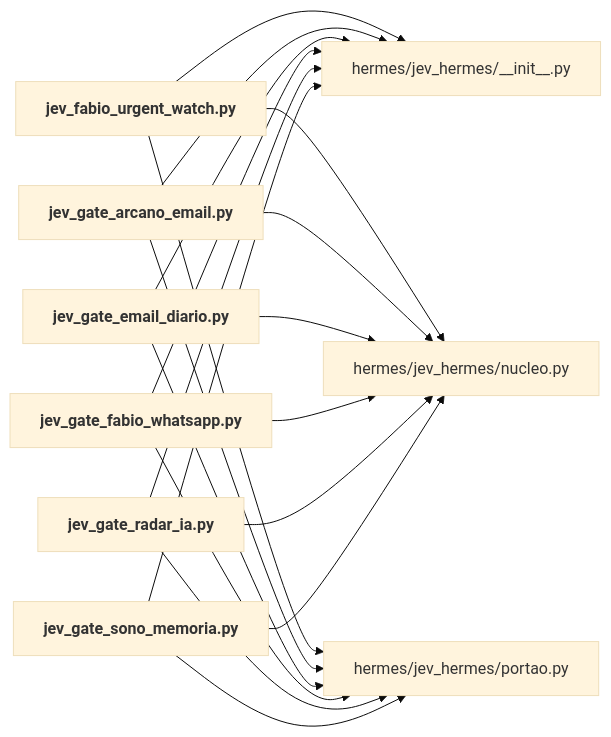
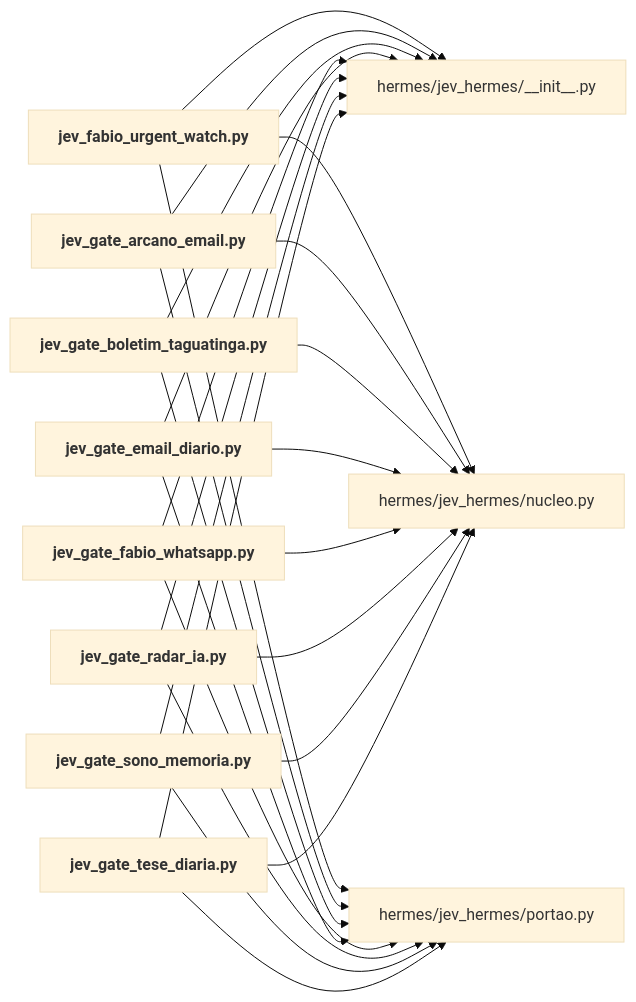
One commit to igormorais123/JEV changed the diagram in mapa/pastas/hermes__portoes.md. Above: the diagram before and after it, drawn with Mermaid (base theme). The commit also changed other lines of this file and 47 other files, not shown here.

````diff
--- a/mapa/pastas/hermes__portoes.md
+++ b/mapa/pastas/hermes__portoes.md
@@ -22,30 +24,38 @@
 ```mermaid
 flowchart LR
   n_hermes_jev_hermes___init___py["hermes/jev_hermes/__init__.py"]
   n_hermes_jev_hermes_nucleo_py["hermes/jev_hermes/nucleo.py"]
   n_hermes_jev_hermes_portao_py["hermes/jev_hermes/portao.py"]
   n_hermes_portoes_jev_fabio_urgent_watch_py["<b>jev_fabio_urgent_watch.py</b>"]
   n_hermes_portoes_jev_gate_arcano_email_py["<b>jev_gate_arcano_email.py</b>"]
+  n_hermes_portoes_jev_gate_boletim_taguatinga_py["<b>jev_gate_boletim_taguatinga.py</b>"]
   n_hermes_portoes_jev_gate_email_diario_py["<b>jev_gate_email_diario.py</b>"]
   n_hermes_portoes_jev_gate_fabio_whatsapp_py["<b>jev_gate_fabio_whatsapp.py</b>"]
   n_hermes_portoes_jev_gate_radar_ia_py["<b>jev_gate_radar_ia.py</b>"]
   n_hermes_portoes_jev_gate_sono_memoria_py["<b>jev_gate_sono_memoria.py</b>"]
+  n_hermes_portoes_jev_gate_tese_diaria_py["<b>jev_gate_tese_diaria.py</b>"]
   n_hermes_portoes_jev_fabio_urgent_watch_py --> n_hermes_jev_hermes___init___py
   n_hermes_portoes_jev_fabio_urgent_watch_py --> n_hermes_jev_hermes_nucleo_py
   n_hermes_portoes_jev_fabio_urgent_watch_py --> n_hermes_jev_hermes_portao_py
   n_hermes_portoes_jev_gate_arcano_email_py --> n_hermes_jev_hermes___init___py
   n_hermes_portoes_jev_gate_arcano_email_py --> n_hermes_jev_hermes_nucleo_py
   n_hermes_portoes_jev_gate_arcano_email_py --> n_hermes_jev_hermes_portao_py
+  n_hermes_portoes_jev_gate_boletim_taguatinga_py --> n_hermes_jev_hermes___init___py
+  n_hermes_portoes_jev_gate_boletim_taguatinga_py --> n_hermes_jev_hermes_nucleo_py
+  n_hermes_portoes_jev_gate_boletim_taguatinga_py --> n_hermes_jev_hermes_portao_py
   n_hermes_portoes_jev_gate_email_diario_py --> n_hermes_jev_hermes___init___py
   n_hermes_portoes_jev_gate_email_diario_py --> n_hermes_jev_hermes_nucleo_py
   n_hermes_portoes_jev_gate_email_diario_py --> n_hermes_jev_hermes_portao_py
   n_hermes_portoes_jev_gate_fabio_whatsapp_py --> n_hermes_jev_hermes___init___py
   n_hermes_portoes_jev_gate_fabio_whatsapp_py --> n_hermes_jev_hermes_nucleo_py
   n_hermes_portoes_jev_gate_fabio_whatsapp_py --> n_hermes_jev_hermes_portao_py
   n_hermes_portoes_jev_gate_radar_ia_py --> n_hermes_jev_hermes___init___py
   n_hermes_portoes_jev_gate_radar_ia_py --> n_hermes_jev_hermes_nucleo_py
   n_hermes_portoes_jev_gate_radar_ia_py --> n_hermes_jev_hermes_portao_py
   n_hermes_portoes_jev_gate_sono_memoria_py --> n_hermes_jev_hermes___init___py
   n_hermes_portoes_jev_gate_sono_memoria_py --> n_hermes_jev_hermes_nucleo_py
   n_hermes_portoes_jev_gate_sono_memoria_py --> n_hermes_jev_hermes_portao_py
+  n_hermes_portoes_jev_gate_tese_diaria_py --> n_hermes_jev_hermes___init___py
+  n_hermes_portoes_jev_gate_tese_diaria_py --> n_hermes_jev_hermes_nucleo_py
+  n_hermes_portoes_jev_gate_tese_diaria_py --> n_hermes_jev_hermes_portao_py
 ```
````
